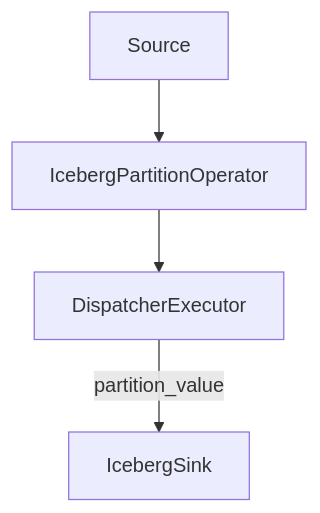
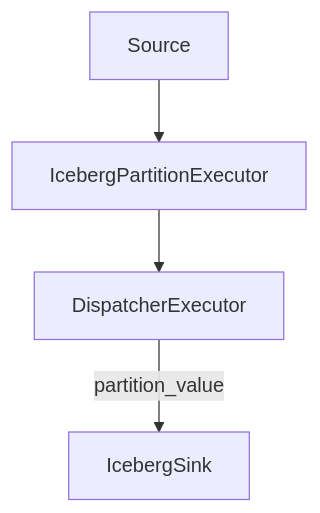
The second of 3 diagrams in rfcs/0077-iceberg-sink-shuffle.md (risingwavelabs/rfcs), drawn with Mermaid before and after one commit. The commit also changed other lines of this file, not shown here.

````diff
--- a/rfcs/0077-iceberg-sink-shuffle.md
+++ b/rfcs/0077-iceberg-sink-shuffle.md
@@ -44,6 +174,6 @@
 ```mermaid
 flowchart TD
-    A[Source] --> B[IcebergPartitionOperator]
+    A[Source] --> B[IcebergPartitionExecutor]
     B --> C[DispatcherExecutor]
     C -->|"partition_value"| D[IcebergSink]
 ```
````
